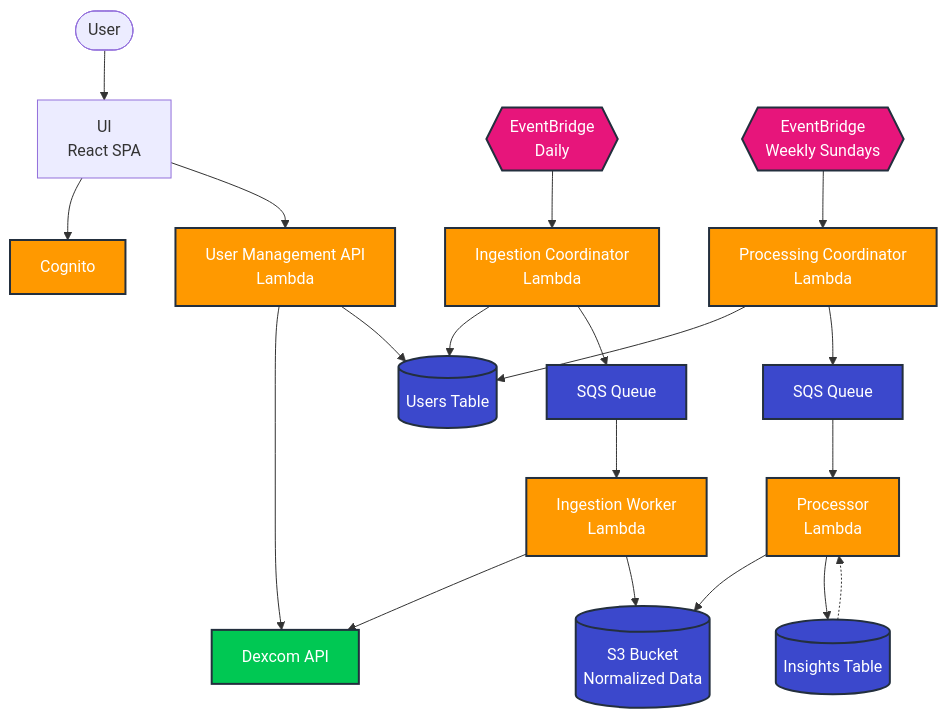
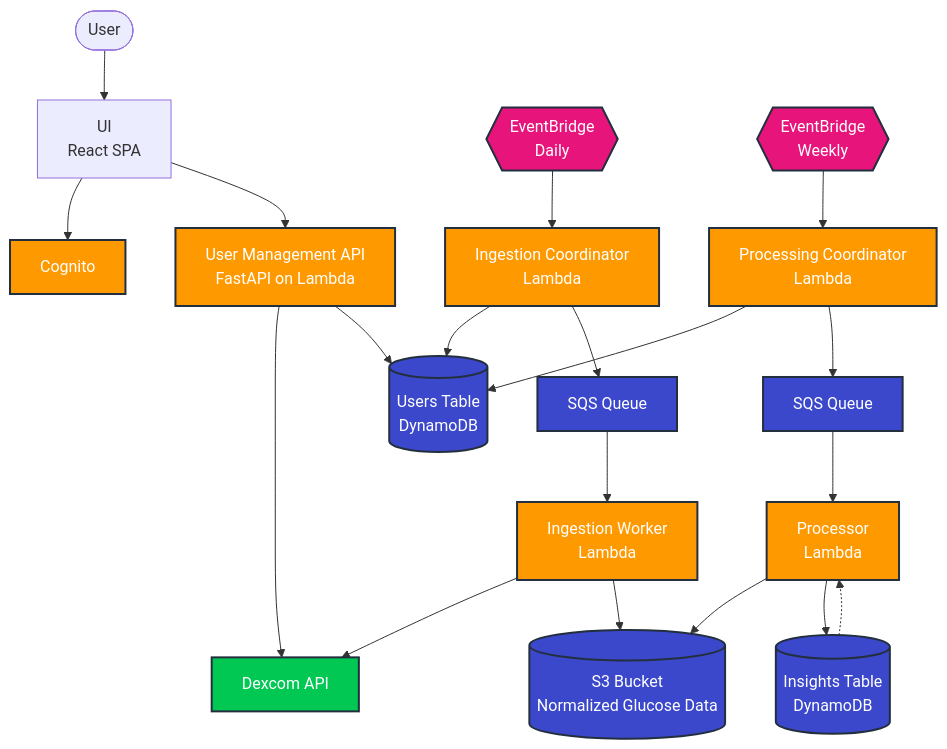
Before and after one commit to sol-ochs/endo: the diagram in architecture-diagram.mmd, drawn with Mermaid.

Commit message:
Refine diagram

```diff
--- a/architecture-diagram.mmd
+++ b/architecture-diagram.mmd
@@ -1,57 +1,57 @@
 graph TB
     %% User Management
     User([User])
     UI[UI<br/>React SPA]
     Cognito[Cognito]
-    UserAPI[User Management API<br/>Lambda]
+    UserAPI[User Management API<br/>FastAPI on Lambda]
     Dexcom[Dexcom API]
-    UsersDB[(Users Table)]
+    UsersDB[(Users Table<br/>DynamoDB)]
 
     %% Data Ingestion
     DailySchedule{{EventBridge<br/>Daily}}
     IngestionCoord[Ingestion Coordinator<br/>Lambda]
     IngestionQueue[SQS Queue]
     IngestionWorker[Ingestion Worker<br/>Lambda]
-    S3[(S3 Bucket<br/>Normalized Data)]
+    S3[(S3 Bucket<br/>Normalized Glucose Data)]
 
     %% Data Processing
-    WeeklySchedule{{EventBridge<br/>Weekly Sundays}}
+    WeeklySchedule{{EventBridge<br/>Weekly}}
     ProcessingCoord[Processing Coordinator<br/>Lambda]
     ProcessingQueue[SQS Queue]
     Processor[Processor<br/>Lambda]
-    InsightsDB[(Insights Table)]
+    InsightsDB[(Insights Table<br/>DynamoDB)]
 
     %% User Management Flow
     User --> UI
     UI --> Cognito
     UI --> UserAPI
     UserAPI --> Dexcom
     UserAPI --> UsersDB
 
     %% Data Ingestion Flow
     DailySchedule --> IngestionCoord
     IngestionCoord --> UsersDB
     IngestionCoord --> IngestionQueue
     IngestionQueue --> IngestionWorker
     IngestionWorker --> Dexcom
     IngestionWorker --> S3
 
     %% Data Processing Flow
     WeeklySchedule --> ProcessingCoord
     ProcessingCoord --> UsersDB
     ProcessingCoord --> ProcessingQueue
     ProcessingQueue --> Processor
     Processor --> S3
     Processor --> InsightsDB
     InsightsDB -.-> Processor
 
     %% Styling
     classDef lambda fill:#FF9900,stroke:#232F3E,stroke-width:2px,color:#fff
     classDef storage fill:#3B48CC,stroke:#232F3E,stroke-width:2px,color:#fff
     classDef external fill:#00C853,stroke:#232F3E,stroke-width:2px,color:#fff
     classDef schedule fill:#E7157B,stroke:#232F3E,stroke-width:2px,color:#fff
 
     class Cognito,UserAPI,IngestionCoord,IngestionWorker,ProcessingCoord,Processor lambda
     class UsersDB,S3,InsightsDB,IngestionQueue,ProcessingQueue storage
     class Dexcom external
     class DailySchedule,WeeklySchedule schedule
```
